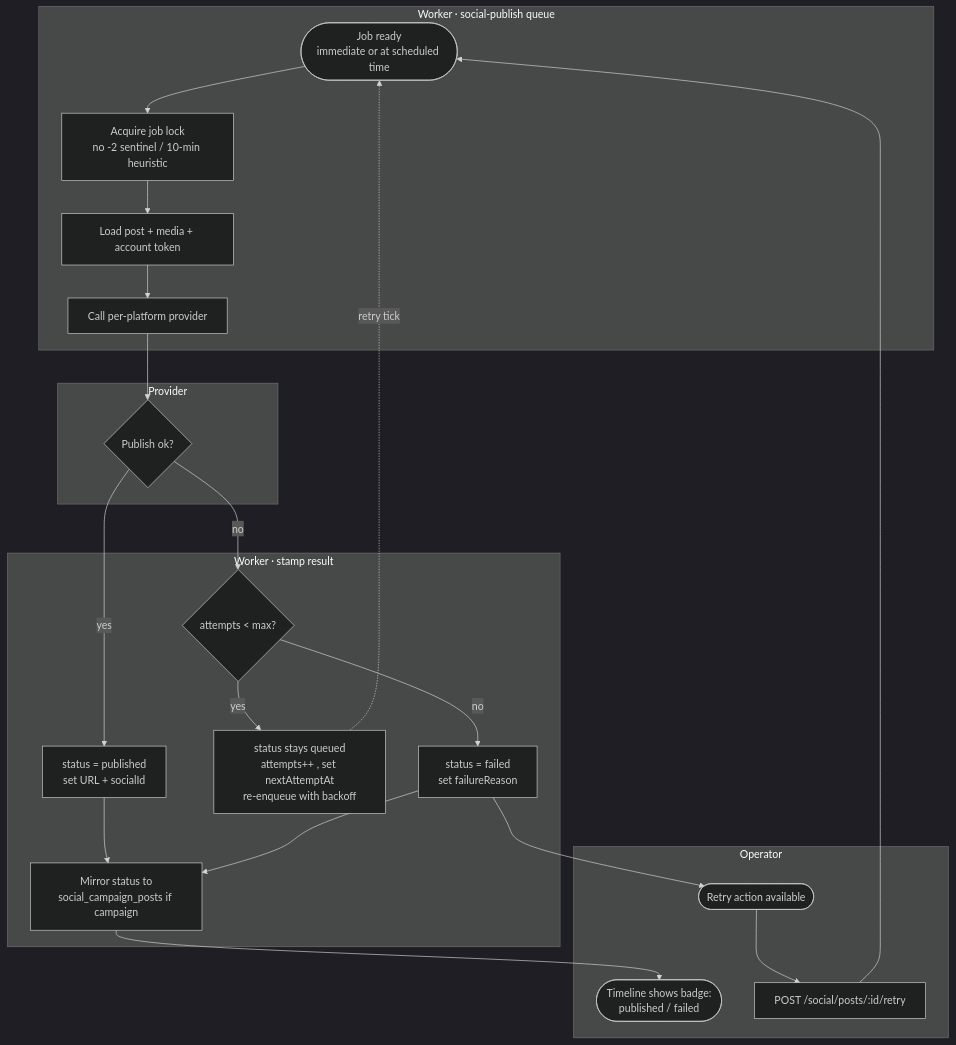
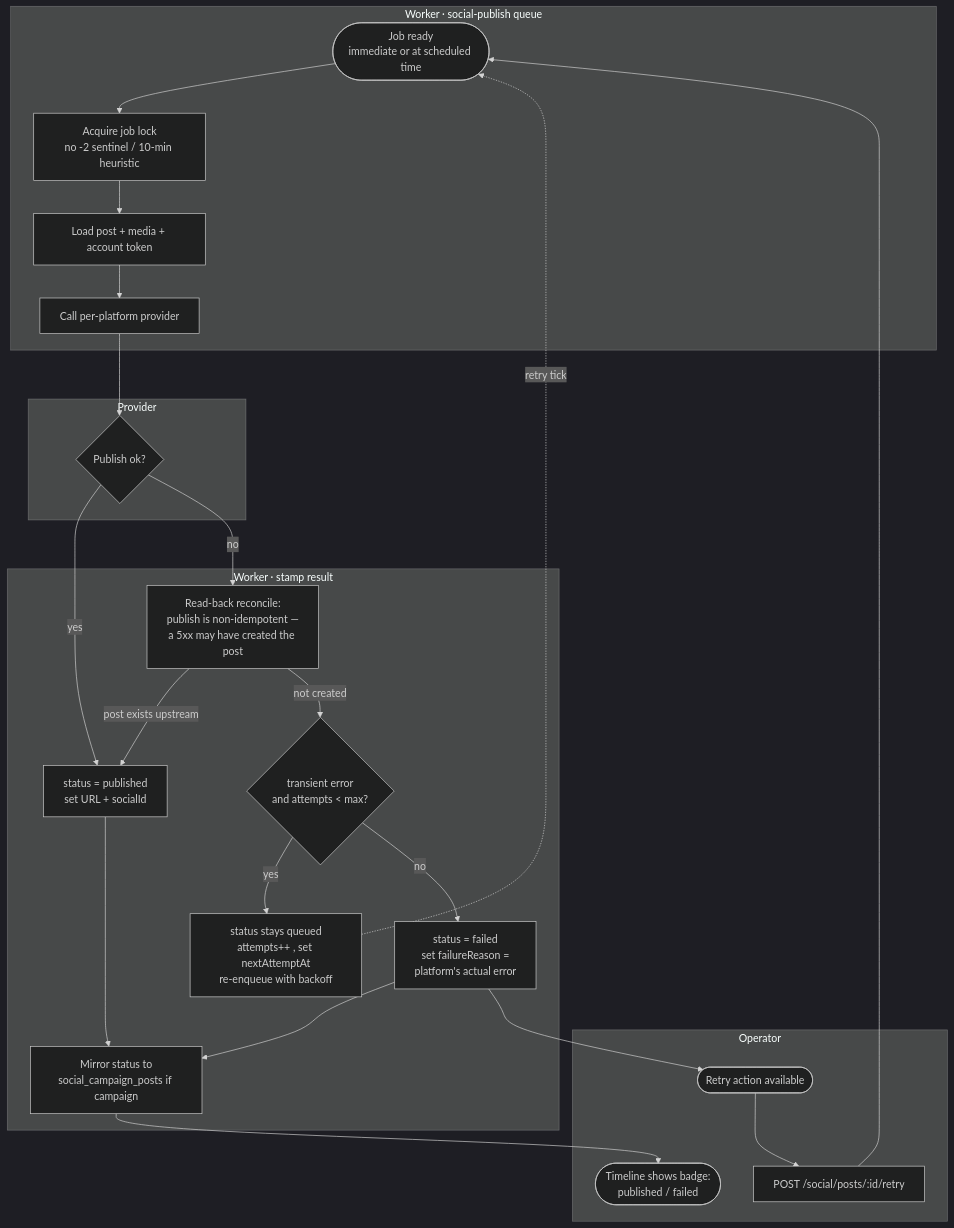
Before and after one commit to Krishsyv/oggvo-v2: the third of 10 diagrams in docs/social/activity-diagrams.md, drawn with Mermaid (dark theme). The commit also changed 27 other files, not shown here.

````diff
--- a/docs/social/activity-diagrams.md
+++ b/docs/social/activity-diagrams.md
@@ -90,25 +90,27 @@
 ```mermaid
 flowchart TD
     subgraph Worker[Worker · social-publish queue]
         A([Job ready\nimmediate or at scheduled time]) --> B[Acquire job lock\nno -2 sentinel / 10-min heuristic]
         B --> C[Load post + media + account token]
         C --> D[Call per-platform provider]
     end
     subgraph Provider
         D --> E{Publish ok?}
     end
     subgraph Worker2[Worker · stamp result]
         E -- yes --> F[status = published\nset URL + socialId]
-        E -- no --> G{attempts < max?}
+        E -- no --> RB[Read-back reconcile:\npublish is non-idempotent —\na 5xx may have created the post]
+        RB -- post exists upstream --> F
+        RB -- not created --> G{transient error\nand attempts < max?}
         G -- yes --> H[status stays queued\nattempts++ , set nextAttemptAt\nre-enqueue with backoff]
-        G -- no --> I[status = failed\nset failureReason]
+        G -- no --> I[status = failed\nset failureReason =\nplatform's actual error]
         F --> J[Mirror status to\nsocial_campaign_posts if campaign]
         I --> J
     end
     H -.->|retry tick| A
     subgraph Operator
         J --> K([Timeline shows badge:\npublished / failed])
         I --> L([Retry action available])
         L --> M[POST /social/posts/:id/retry] --> A
     end
 ```
````
